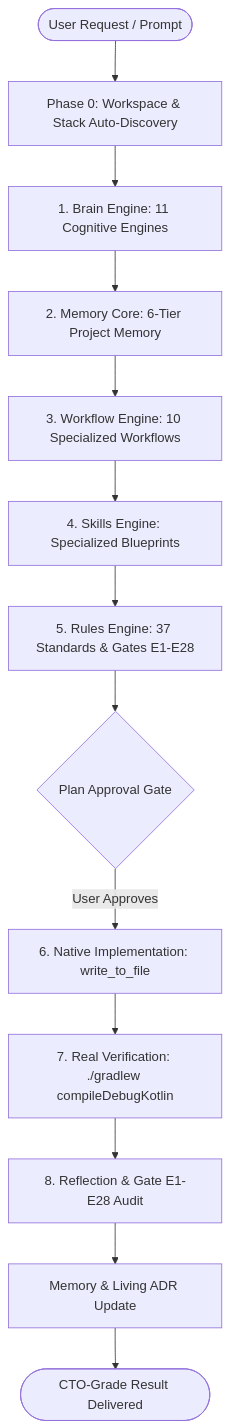
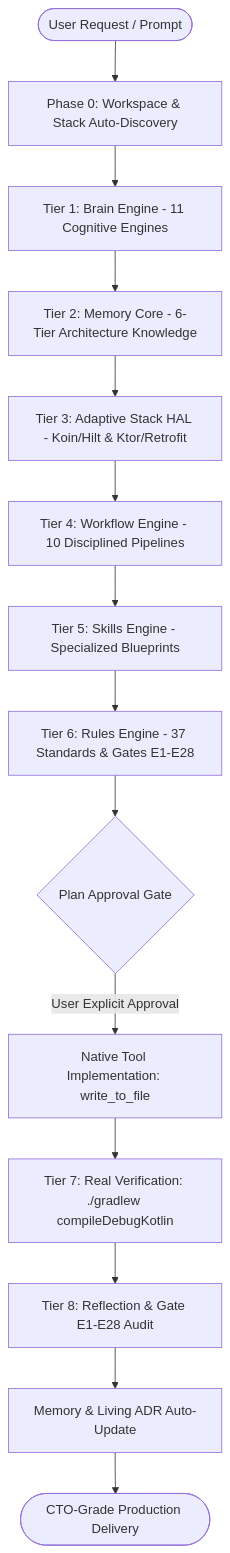
The first of 2 diagrams in README.md (vinhvox/Anti-Vibe-Coding-Android-Engine), drawn with Mermaid before and after one commit. The commit also changed other lines of this file, not shown here.

Commit message:
docs: expand README with comprehensive Anti-Vibe-Coding architecture, 28 Quality Gates, and 19 Core Domains

````diff
--- a/README.md
+++ b/README.md
@@ -30,15 +47,16 @@
 ```mermaid
 flowchart TD
     User([User Request / Prompt]) --> Phase0[Phase 0: Workspace & Stack Auto-Discovery]
-    Phase0 --> Brain[1. Brain Engine: 11 Cognitive Engines]
-    Brain --> Memory[2. Memory Core: 6-Tier Project Memory]
-    Memory --> Workflow[3. Workflow Engine: 10 Specialized Workflows]
-    Workflow --> Skills[4. Skills Engine: Specialized Blueprints]
-    Skills --> Rules[5. Rules Engine: 37 Standards & Gates E1-E28]
-    Rules --> PlanApproval{Plan Approval Gate}
-    PlanApproval -->|User Approves| Implementation[6. Native Implementation: write_to_file]
-    Implementation --> Verification[7. Real Verification: ./gradlew compileDebugKotlin]
-    Verification --> Reflection[8. Reflection & Gate E1-E28 Audit]
-    Reflection --> MemoryUpdate[Memory & Living ADR Update]
-    MemoryUpdate --> FinalDelivery([CTO-Grade Result Delivered])
+    Phase0 --> Brain[Tier 1: Brain Engine - 11 Cognitive Engines]
+    Brain --> Memory[Tier 2: Memory Core - 6-Tier Architecture Knowledge]
+    Memory --> HAL[Tier 3: Adaptive Stack HAL - Koin/Hilt & Ktor/Retrofit]
+    HAL --> Workflow[Tier 4: Workflow Engine - 10 Disciplined Pipelines]
+    Workflow --> Skills[Tier 5: Skills Engine - Specialized Blueprints]
+    Skills --> Rules[Tier 6: Rules Engine - 37 Standards & Gates E1-E28]
+    Rules --> PlanGate{Plan Approval Gate}
+    PlanGate -->|User Explicit Approval| Implementation[Native Tool Implementation: write_to_file]
+    Implementation --> Verification[Tier 7: Real Verification: ./gradlew compileDebugKotlin]
+    Verification --> Reflection[Tier 8: Reflection & Gate E1-E28 Audit]
+    Reflection --> MemoryUpdate[Memory & Living ADR Auto-Update]
+    MemoryUpdate --> FinalDelivery([CTO-Grade Production Delivery])
 ```
````
